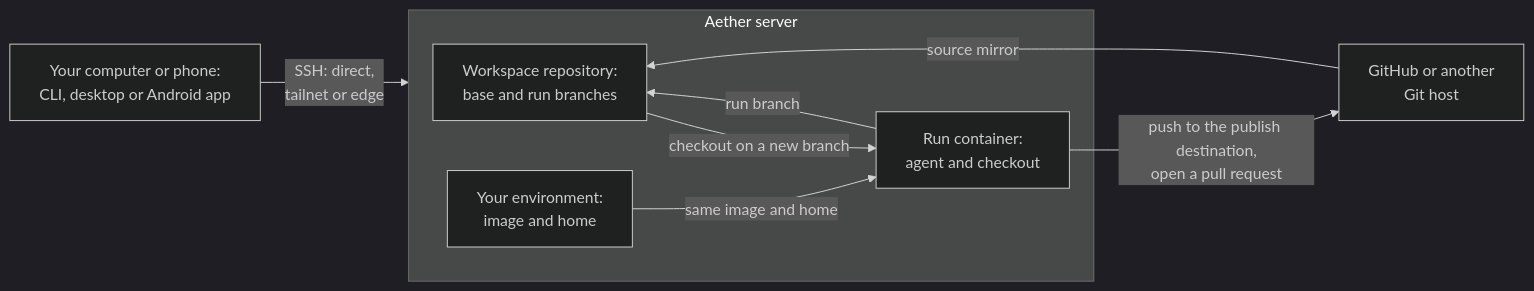
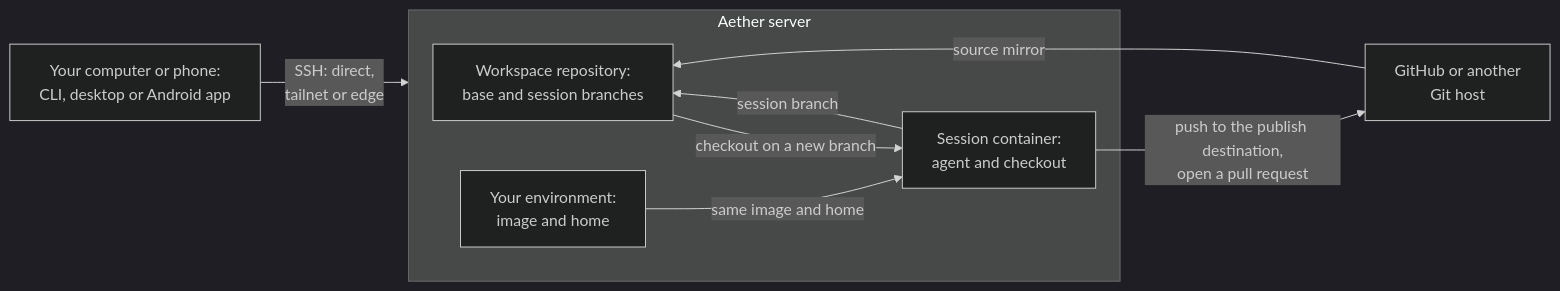
One commit to 3xDevOps/aether changed the diagram in docs/README.md. Above: the diagram before and after it, drawn with Mermaid (dark theme). The commit also changed other lines of this file and 845 other files, not shown here.

````diff
--- a/docs/README.md
+++ b/docs/README.md
@@ -36,14 +36,14 @@
 ```mermaid
 flowchart LR
     client["Your computer or phone:<br>CLI, desktop or Android app"] -->|"SSH: direct,<br>tailnet or edge"| server
     git["GitHub or another<br>Git host"] -->|"source mirror"| ws
     subgraph server["Aether server"]
-        ws["Workspace repository:<br>base and run branches"]
+        ws["Workspace repository:<br>base and session branches"]
         env["Your environment:<br>image and home"]
-        run["Run container:<br>agent and checkout"]
+        run["Session container:<br>agent and checkout"]
     end
     ws -->|"checkout on a new branch"| run
-    run -->|"run branch"| ws
+    run -->|"session branch"| ws
     env -->|"same image and home"| run
     run -->|"push to the publish destination,<br>open a pull request"| git
 ```
````
